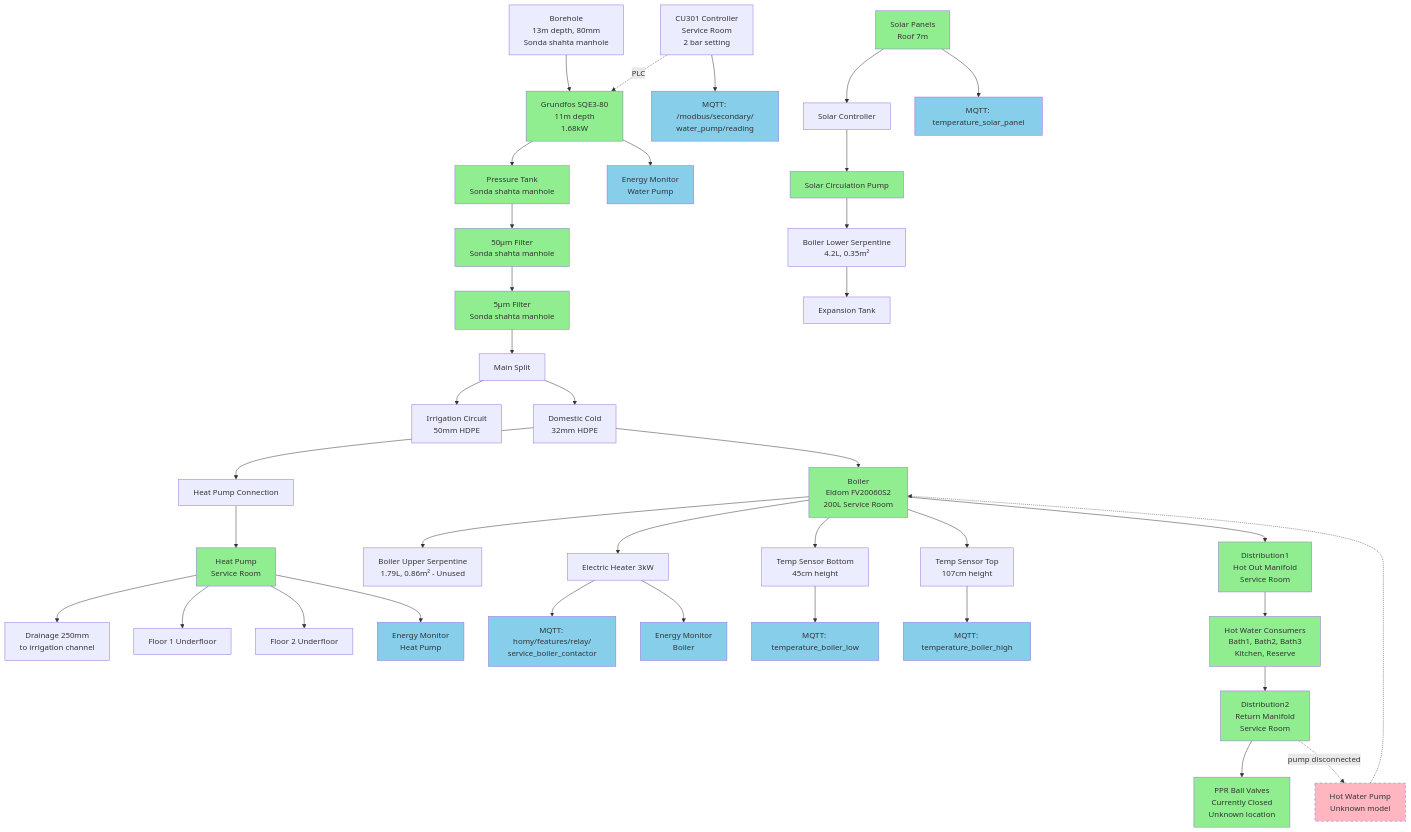
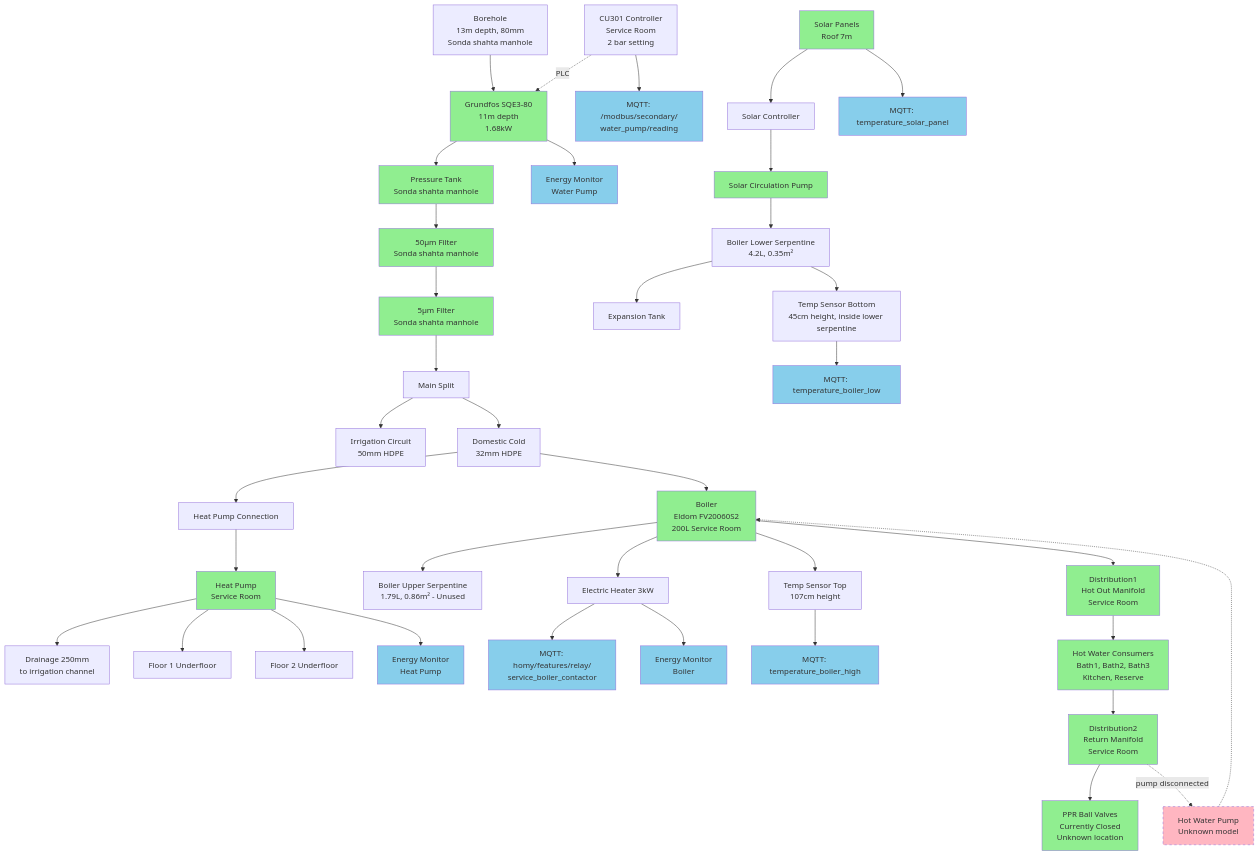
The diagram in docs/water_system_diagram.mermaid (groupsky/homy), drawn with Mermaid before and after one commit. The commit also changed 8 other files, not shown here.

```diff
--- a/docs/water_system_diagram.mermaid
+++ b/docs/water_system_diagram.mermaid
@@ -1,69 +1,69 @@
 graph TD
     %% Ground Water Source
     BH[Borehole<br/>13m depth, 80mm<br/>Sonda shahta manhole] --> P[Grundfos SQE3-80<br/>11m depth<br/>1.68kW]
     P --> PT[Pressure Tank<br/>Sonda shahta manhole]
     PT --> F1[50μm Filter<br/>Sonda shahta manhole]
     F1 --> F2[5μm Filter<br/>Sonda shahta manhole]
     F2 --> MS[Main Split]
     
     %% Controller
     PC[CU301 Controller<br/>Service Room<br/>2 bar setting] -.->|PLC| P
     PC --> MT1[MQTT: /modbus/secondary/<br/>water_pump/reading]
     
     %% Main Distribution
     MS --> IRR[Irrigation Circuit<br/>50mm HDPE]
     MS --> DOM[Domestic Cold<br/>32mm HDPE]
     
     %% Heat Pump Connection
     DOM --> HPC[Heat Pump Connection]
     HPC --> HP[Heat Pump<br/>Service Room]
     HP --> DR[Drainage 250mm<br/>to irrigation channel]
     
     %% Hot Water System
     DOM --> BR[Boiler<br/>Eldom FV20060S2<br/>200L Service Room]
     
     %% Solar System
     SP[Solar Panels<br/>Roof 7m] --> SC[Solar Controller]
     SC --> SPump[Solar Circulation Pump]
     SPump --> BLS[Boiler Lower Serpentine<br/>4.2L, 0.35m²]
     BLS --> ET[Expansion Tank]
     
     %% Boiler Details
     BR --> BHS[Boiler Upper Serpentine<br/>1.79L, 0.86m² - Unused]
     BR --> EH[Electric Heater 3kW]
     EH --> MT2[MQTT: homy/features/relay/<br/>service_boiler_contactor]
     
     %% Temperature Sensors
-    BR --> TS1[Temp Sensor Bottom<br/>45cm height]
+    BLS --> TS1[Temp Sensor Bottom<br/>45cm height, inside lower serpentine]
     BR --> TS2[Temp Sensor Top<br/>107cm height]
     TS1 --> MT3[MQTT: temperature_boiler_low]
     TS2 --> MT4[MQTT: temperature_boiler_high]
     SP --> MT5[MQTT: temperature_solar_panel]
     
     %% Hot Water Distribution (Operational)
     BR --> D1[Distribution1<br/>Hot Out Manifold<br/>Service Room]
     D1 --> CONS[Hot Water Consumers<br/>Bath1, Bath2, Bath3<br/>Kitchen, Reserve]
     CONS --> D2[Distribution2<br/>Return Manifold<br/>Service Room]
     D2 --> RV[PPR Ball Valves<br/>Currently Closed<br/>Unknown location]
     
     %% Hot Water Recirculation (Disconnected)
     D2 -.->|pump disconnected| HWP[Hot Water Pump<br/>Unknown model]
     HWP -.-> BR
     
     %% Underfloor Heating
     HP --> UF1[Floor 1 Underfloor]
     HP --> UF2[Floor 2 Underfloor]
     
     %% Energy Monitoring
     P --> EM1[Energy Monitor<br/>Water Pump]
     HP --> EM2[Energy Monitor<br/>Heat Pump]
     EH --> EM3[Energy Monitor<br/>Boiler]
     
     %% Styling
     classDef operational fill:#90EE90
     classDef disconnected fill:#FFB6C1,stroke-dasharray: 5 5
     classDef monitoring fill:#87CEEB
     
     class P,PT,F1,F2,BR,HP,SP,SPump,D1,D2,CONS,RV operational
     class HWP disconnected
     class MT1,MT2,MT3,MT4,MT5,EM1,EM2,EM3 monitoring
```
